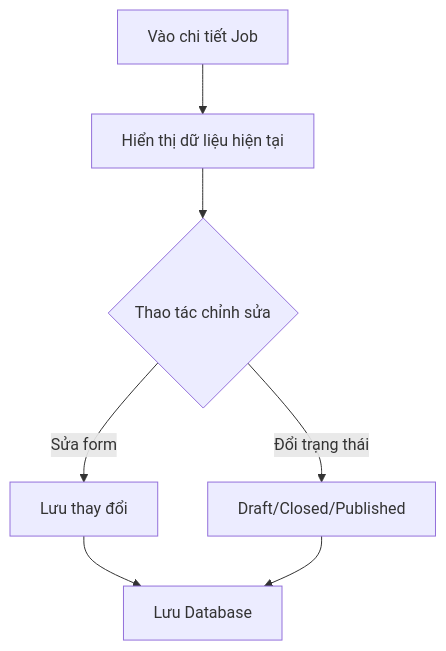
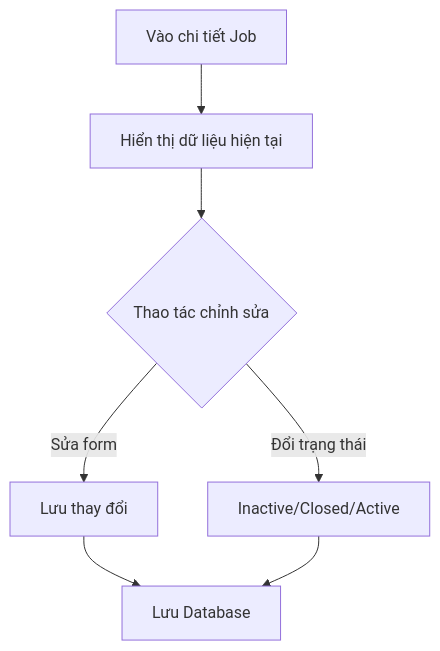
The diagram in nghiep_vu/epic-03_HR_Dashboard_Job_Management/user-story-13_Xem_Chinh_Sua_Job/user-story.md (VanHaPtit/EasyTech_FE), drawn with Mermaid before and after one commit. The commit also changed other lines of this file and 24 other files, not shown here.

````diff
--- a/nghiep_vu/epic-03_HR_Dashboard_Job_Management/user-story-13_Xem_Chinh_Sua_Job/user-story.md
+++ b/nghiep_vu/epic-03_HR_Dashboard_Job_Management/user-story-13_Xem_Chinh_Sua_Job/user-story.md
@@ -11,9 +11,9 @@
 ```mermaid
 graph TD
     A[Vào chi tiết Job] --> B[Hiển thị dữ liệu hiện tại]
     B --> C{Thao tác chỉnh sửa}
     C -- Sửa form --> D[Lưu thay đổi]
-    C -- Đổi trạng thái --> E[Draft/Closed/Published]
+    C -- Đổi trạng thái --> E[Inactive/Closed/Active]
     D --> F[Lưu Database]
     E --> F
 ```
````
